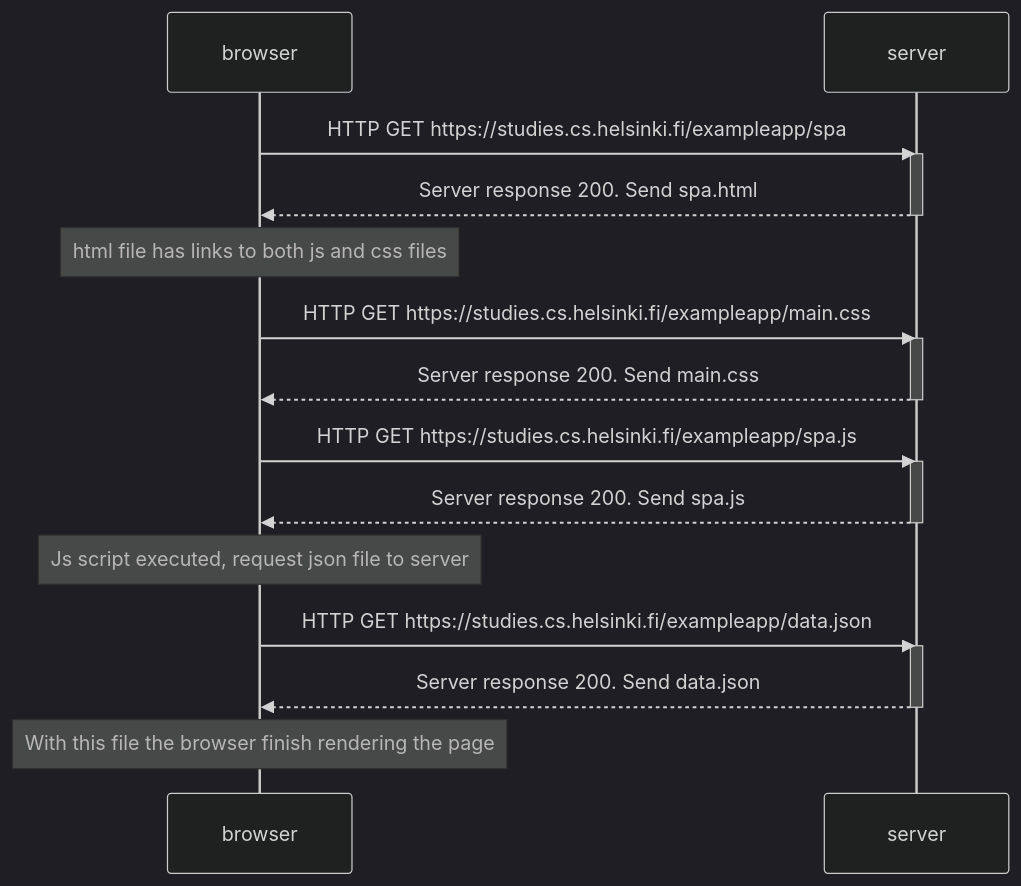
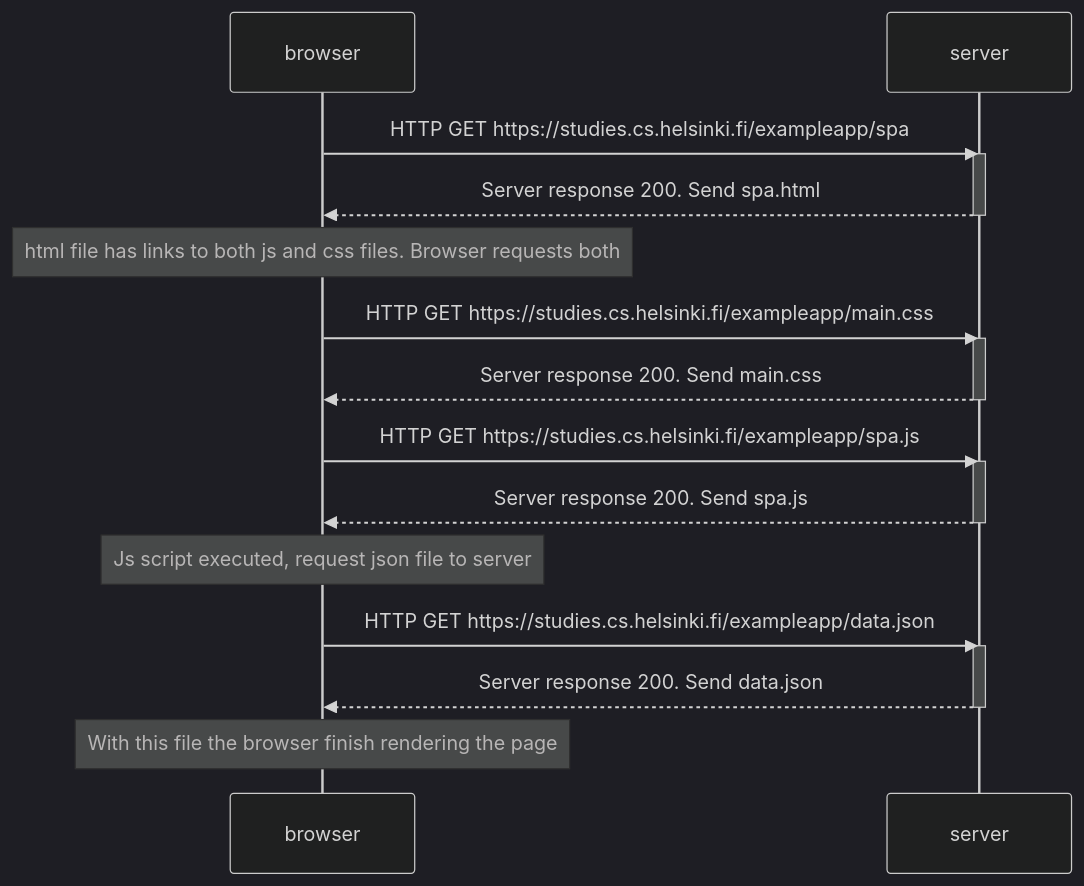
The diagram in part_0/0.5_spa_diagram.md (alejandro-mielgo/fullstack_open), drawn with Mermaid (dark theme) before and after one commit.

````diff
--- a/part_0/0.5_spa_diagram.md
+++ b/part_0/0.5_spa_diagram.md
@@ -1,30 +1,30 @@
 ```mermaid
 sequenceDiagram
     participant browser
     participant server
 
     browser->>server: HTTP GET https://studies.cs.helsinki.fi/exampleapp/spa
     activate server
     server-->>browser: Server response 200. Send spa.html
     deactivate server
     
-    Note over browser: html file has links to both js and css files
+    Note over browser: html file has links to both js and css files. Browser requests both
 
     browser->>server: HTTP GET https://studies.cs.helsinki.fi/exampleapp/main.css
     activate server
     server-->>browser: Server response 200. Send main.css
     deactivate server
 
     browser->>server: HTTP GET https://studies.cs.helsinki.fi/exampleapp/spa.js
     activate server
     server-->>browser: Server response 200. Send spa.js
     deactivate server
 
     Note over browser: Js script executed, request json file to server
 
     browser->>server: HTTP GET https://studies.cs.helsinki.fi/exampleapp/data.json
     activate server
     server-->>browser: Server response 200. Send data.json
     deactivate server
     Note over browser: With this file the browser finish rendering the page
 ```
````
